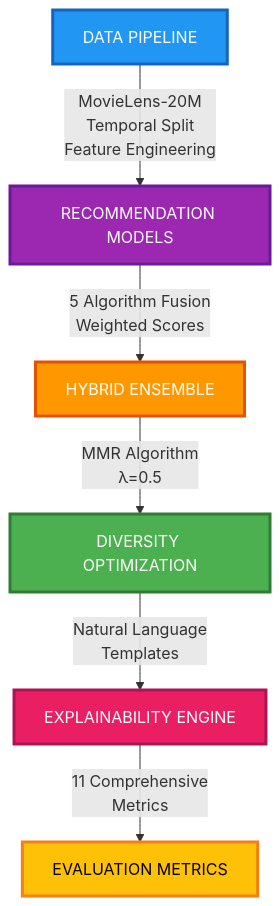
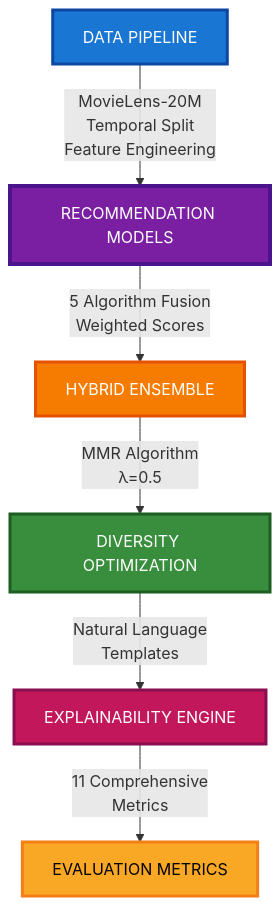
The diagram in PS_1_ReelSense/README.md (a-zax/monikabhati2005), drawn with Mermaid before and after one commit. The commit also changed other lines of this file, not shown here.

Commit message:
feat: Prepare hackathon submission with a final checklist, PDF generation guide, and Git setup scripts for both projects.

````diff
--- a/PS_1_ReelSense/README.md
+++ b/PS_1_ReelSense/README.md
@@ -21,22 +21,22 @@
 ```mermaid
 flowchart TB
     A[DATA PIPELINE]
     B[RECOMMENDATION MODELS]
     C[HYBRID ENSEMBLE]
     D[DIVERSITY OPTIMIZATION]
     E[EXPLAINABILITY ENGINE]
     F[EVALUATION METRICS]
     
     A -->|MovieLens-20M<br/>Temporal Split<br/>Feature Engineering| B
     B -->|5 Algorithm Fusion<br/>Weighted Scores| C
     C -->|MMR Algorithm<br/>λ=0.5| D
     D -->|Natural Language<br/>Templates| E
     E -->|11 Comprehensive<br/>Metrics| F
     
-    style A fill:#2196F3,stroke:#1565C0,stroke-width:3px,color:#fff,font-size:16px
-    style B fill:#9C27B0,stroke:#6A1B9A,stroke-width:3px,color:#fff,font-size:16px
-    style C fill:#FF9800,stroke:#E65100,stroke-width:3px,color:#fff,font-size:16px
-    style D fill:#4CAF50,stroke:#2E7D32,stroke-width:3px,color:#fff,font-size:16px
-    style E fill:#E91E63,stroke:#AD1457,stroke-width:3px,color:#fff,font-size:16px
-    style F fill:#FFC107,stroke:#F57F17,stroke-width:3px,color:#000,font-size:16px
+    style A fill:#1976D2,stroke:#0D47A1,stroke-width:3px,color:#fff
+    style B fill:#7B1FA2,stroke:#4A148C,stroke-width:4px,color:#fff
+    style C fill:#F57C00,stroke:#E65100,stroke-width:3px,color:#fff
+    style D fill:#388E3C,stroke:#1B5E20,stroke-width:3px,color:#fff
+    style E fill:#C2185B,stroke:#880E4F,stroke-width:3px,color:#fff
+    style F fill:#F9A825,stroke:#F57F17,stroke-width:3px,color:#000
 ```
````
